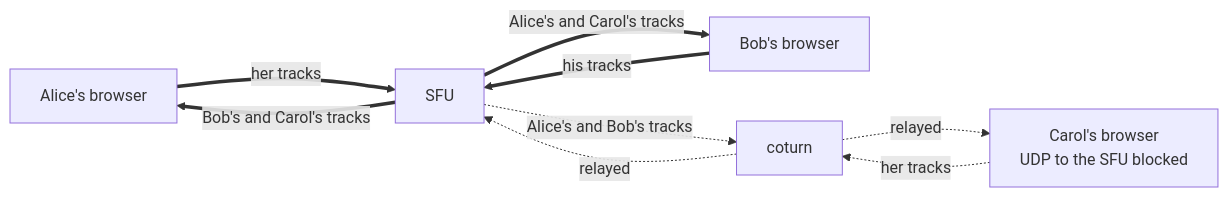
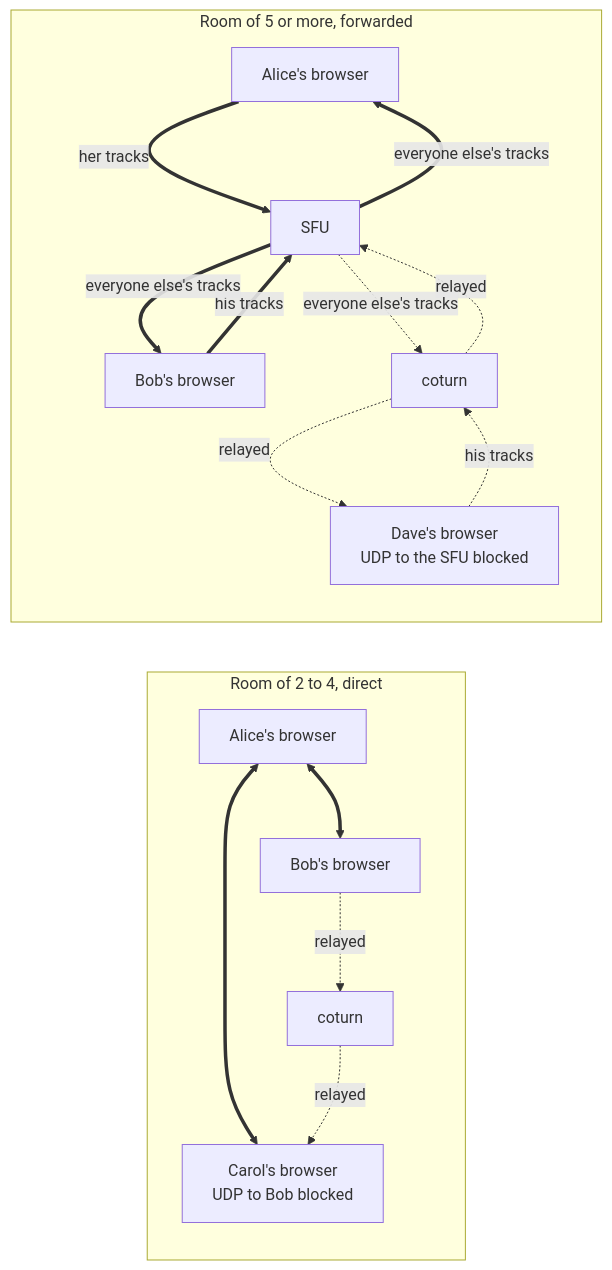
Before and after one commit to Jonohas/melior: the second of 17 diagrams in docs/architecture.md, drawn with Mermaid. The commit also changed other lines of this file and 2 other files, not shown here.

First line of the commit message:
Document mesh for small rooms

````diff
--- a/docs/architecture.md
+++ b/docs/architecture.md
@@ -66,17 +74,29 @@
 ```mermaid
 flowchart LR
-    alice["Alice's browser"]
-    bob["Bob's browser"]
-    carol["Carol's browser<br/>UDP to the SFU blocked"]
-    turn["coturn"]
-    sfu["SFU"]
+    subgraph mesh["Room of 2 to 4, direct"]
+        a1["Alice's browser"]
+        b1["Bob's browser"]
+        c1["Carol's browser<br/>UDP to Bob blocked"]
+        t1["coturn"]
+        a1 <==> b1
+        a1 <==> c1
+        b1 -. "relayed" .-> t1
+        t1 -. "relayed" .-> c1
+    end
 
-    alice == "her tracks" ==> sfu
-    sfu == "Bob's and Carol's tracks" ==> alice
-    bob == "his tracks" ==> sfu
-    sfu == "Alice's and Carol's tracks" ==> bob
-    carol -. "her tracks" .-> turn
-    turn -. "relayed" .-> sfu
-    sfu -. "Alice's and Bob's tracks" .-> turn
-    turn -. "relayed" .-> carol
+    subgraph big["Room of 5 or more, forwarded"]
+        a2["Alice's browser"]
+        b2["Bob's browser"]
+        d2["Dave's browser<br/>UDP to the SFU blocked"]
+        t2["coturn"]
+        sfu["SFU"]
+        a2 == "her tracks" ==> sfu
+        sfu == "everyone else's tracks" ==> a2
+        b2 == "his tracks" ==> sfu
+        sfu == "everyone else's tracks" ==> b2
+        d2 -. "his tracks" .-> t2
+        t2 -. "relayed" .-> sfu
+        sfu -. "everyone else's tracks" .-> t2
+        t2 -. "relayed" .-> d2
+    end
 ```
````
